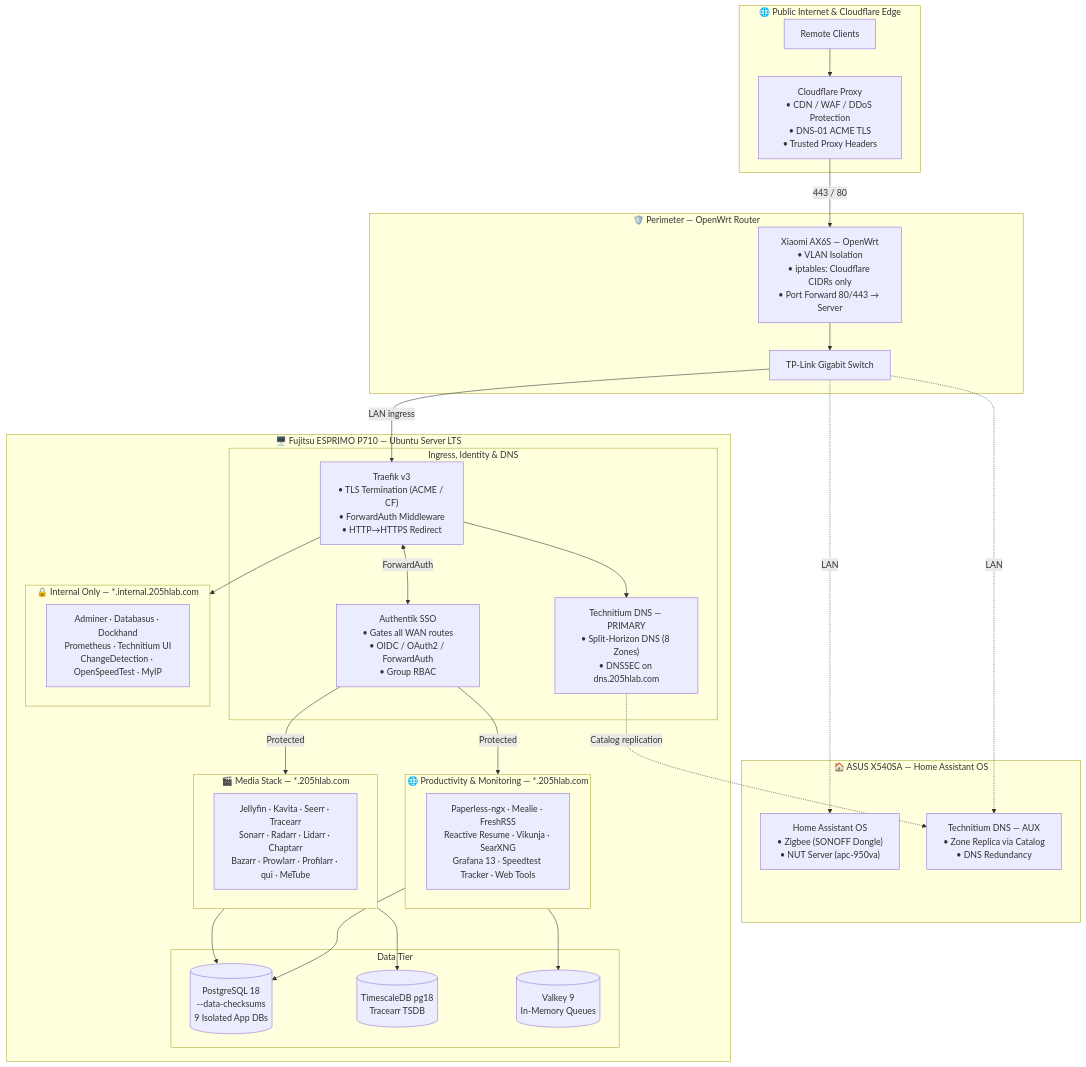
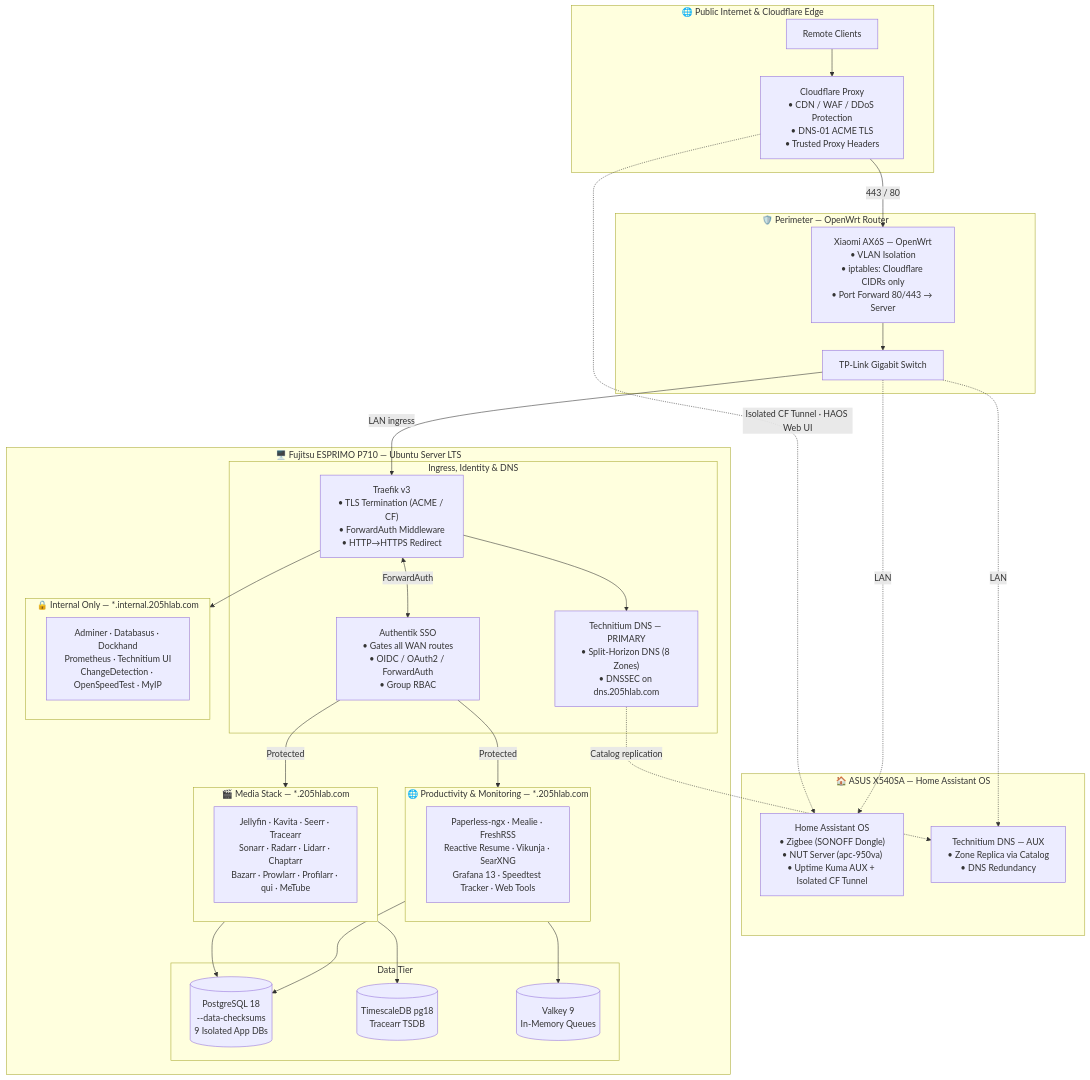
One commit to Dr20Ervin/205hlab changed the first of 2 diagrams in README.md. Above: the diagram before and after it, drawn with Mermaid. The commit also changed other lines of this file and 2 other files, not shown here.

Commit message:
docs: update README and ADRs to reflect isolated Cloudflare Tunnel for HAOS and Uptime Kuma

````diff
--- a/README.md
+++ b/README.md
@@ -90,58 +91,59 @@
 ```mermaid
 flowchart TD
     subgraph WAN["🌐 Public Internet & Cloudflare Edge"]
         RemoteUser["Remote Clients"]
         CF["Cloudflare Proxy\n• CDN / WAF / DDoS Protection\n• DNS-01 ACME TLS\n• Trusted Proxy Headers"]
         RemoteUser --> CF
     end
 
     subgraph Network["🛡️ Perimeter — OpenWrt Router"]
         OWrt["Xiaomi AX6S — OpenWrt\n• VLAN Isolation\n• iptables: Cloudflare CIDRs only\n• Port Forward 80/443 → Server"]
         Switch["TP-Link Gigabit Switch"]
         CF -->|443 / 80| OWrt
         OWrt --> Switch
     end
 
     subgraph HAOS["🏠 ASUS X540SA — Home Assistant OS"]
-        HA["Home Assistant OS\n• Zigbee (SONOFF Dongle)\n• NUT Server (apc-950va)"]
+        HA["Home Assistant OS\n• Zigbee (SONOFF Dongle)\n• NUT Server (apc-950va)\n• Uptime Kuma AUX + Isolated CF Tunnel"]
         AuxDNS["Technitium DNS — AUX\n• Zone Replica via Catalog\n• DNS Redundancy"]
         Switch -.->|LAN| HA
         Switch -.->|LAN| AuxDNS
     end
 
     subgraph Server["🖥️ Fujitsu ESPRIMO P710 — Ubuntu Server LTS"]
         subgraph Ingress["Ingress, Identity & DNS"]
             Traefik["Traefik v3\n• TLS Termination (ACME / CF)\n• ForwardAuth Middleware\n• HTTP→HTTPS Redirect"]
             Authentik["Authentik SSO\n• Gates all WAN routes\n• OIDC / OAuth2 / ForwardAuth\n• Group RBAC"]
             DNS["Technitium DNS — PRIMARY\n• Split-Horizon DNS (8 Zones)\n• DNSSEC on dns.205hlab.com"]
         end
 
         subgraph Data["Data Tier"]
             PG[("PostgreSQL 18\n--data-checksums\n9 Isolated App DBs")]
             TSB[("TimescaleDB pg18\nTracearr TSDB")]
             VLK[("Valkey 9\nIn-Memory Queues")]
         end
 
         subgraph InternalApps["🔒 Internal Only — *.internal.205hlab.com"]
             IntGroup["Adminer · Databasus · Dockhand\nPrometheus · Technitium UI\nChangeDetection · OpenSpeedTest · MyIP"]
         end
 
         subgraph ExternalApps["🌐 Productivity & Monitoring — *.205hlab.com"]
             ExtGroup["Paperless-ngx · Mealie · FreshRSS\nReactive Resume · Vikunja · SearXNG\nGrafana 13 · Speedtest Tracker · Web Tools"]
         end
 
         subgraph Media["🎬 Media Stack — *.205hlab.com"]
             MediaGroup["Jellyfin · Kavita · Seerr · Tracearr\nSonarr · Radarr · Lidarr · Chaptarr\nBazarr · Prowlarr · Profilarr · qui · MeTube"]
         end
     end
 
     Switch -->|LAN ingress| Traefik
     Traefik <-->|ForwardAuth| Authentik
     Authentik -->|Protected| ExternalApps
     Authentik -->|Protected| Media
     Traefik --> InternalApps
     Traefik --> DNS
     ExternalApps --> PG & VLK
     Media --> PG & TSB
     DNS -.->|Catalog replication| AuxDNS
+    CF -.->|Isolated CF Tunnel · HAOS Web UI| HA
 ```
````
